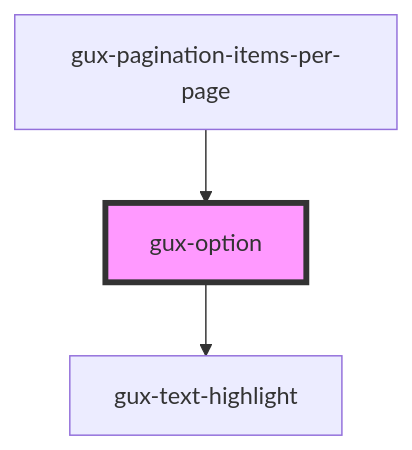
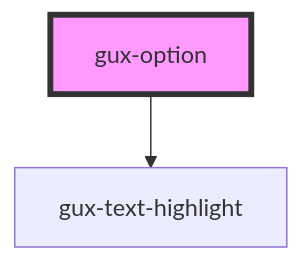
One commit to MyPureCloud/genesys-spark changed the diagram in src/components/stable/gux-dropdown/gux-option/readme.md. Above: the diagram before and after it, drawn with Mermaid. The commit also changed other lines of this file and 17 other files, not shown here.

````diff
--- a/src/components/stable/gux-dropdown/gux-option/readme.md
+++ b/src/components/stable/gux-dropdown/gux-option/readme.md
@@ -42,6 +38,5 @@
 ```mermaid
 graph TD;
   gux-option --> gux-text-highlight
-  gux-pagination-items-per-page --> gux-option
   style gux-option fill:#f9f,stroke:#333,stroke-width:4px
 ```
````
